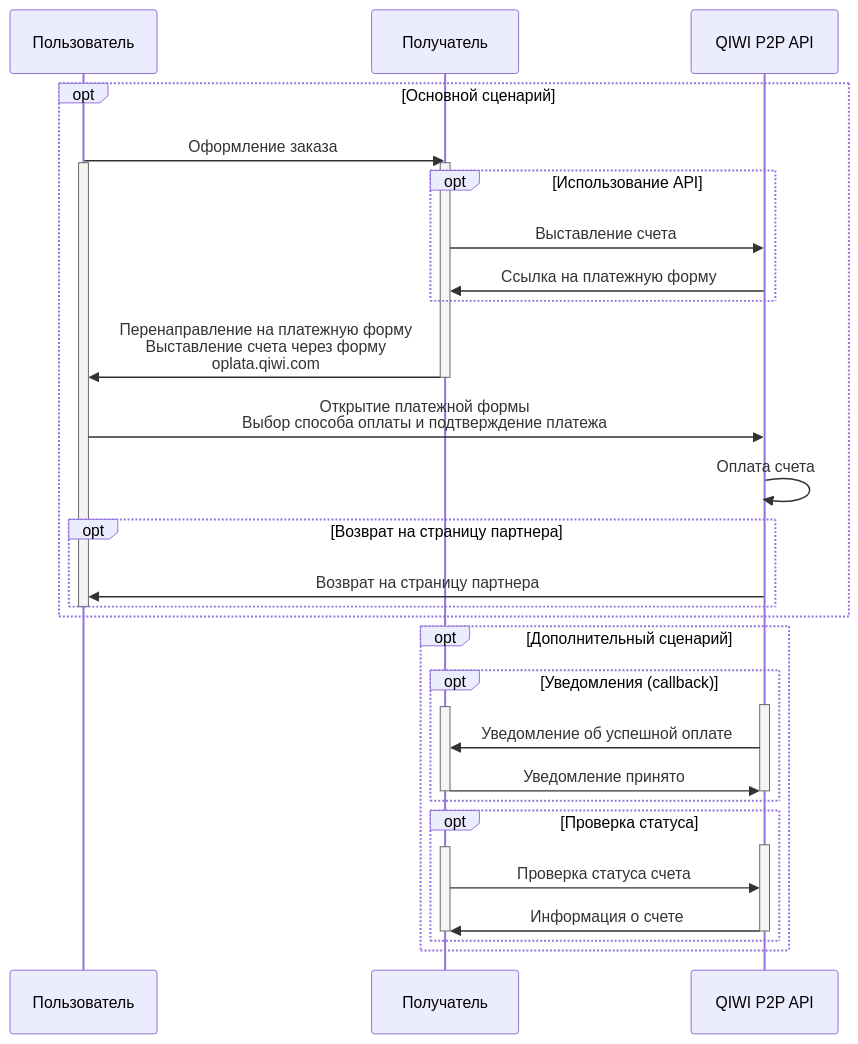
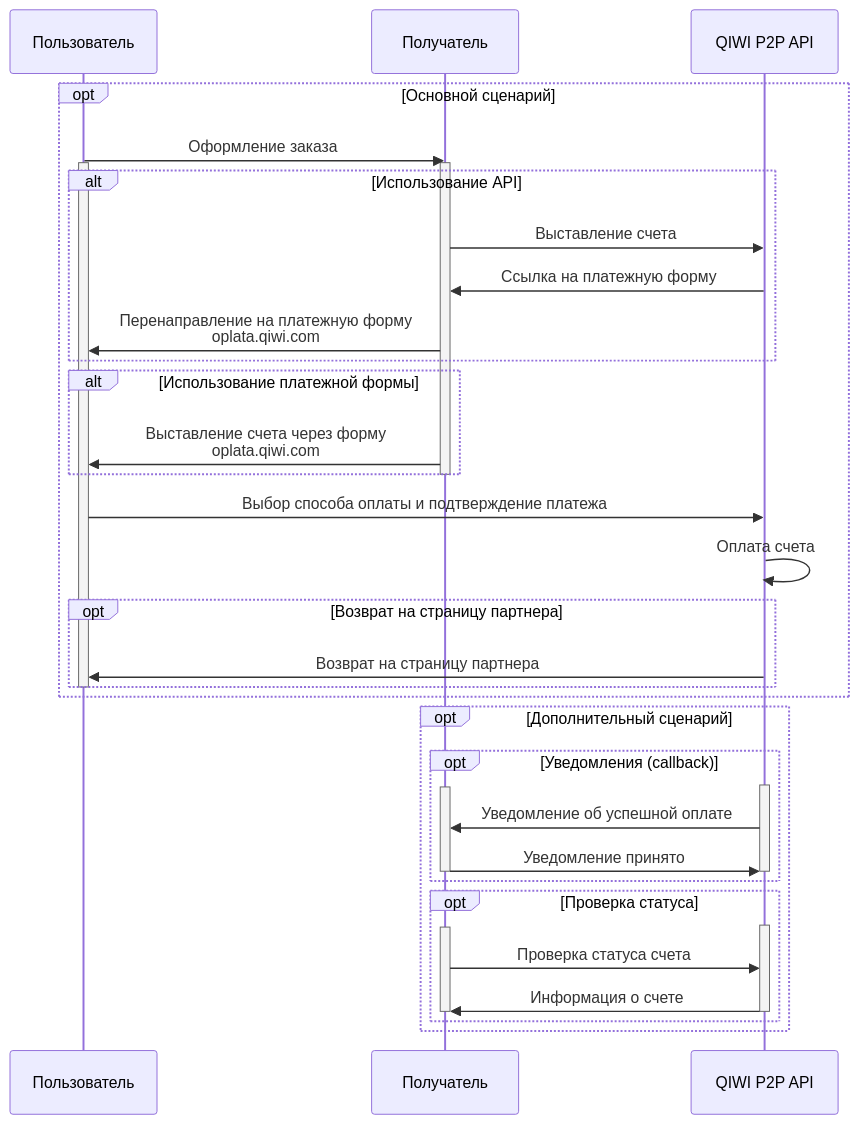
The diagram in p2p-payments_ru.html.md (QIWI-API/p2p-payments-docs), drawn with Mermaid before and after one commit. The commit also changed other lines of this file and 1 other file, not shown here.

```diff
--- a/p2p-payments_ru.html.md
+++ b/p2p-payments_ru.html.md
@@ -43,41 +62,44 @@
 <div class="mermaid">
 sequenceDiagram
 participant user as Пользователь
 participant rec as Получатель
 participant p2p as QIWI P2P API
 opt Основной сценарий
 user->>rec:Оформление заказа
 activate user
 activate rec
-opt Использование API
+alt Использование API
 rec->>p2p:Выставление счета
 p2p->>rec:Ссылка на платежную форму
+rec->>user:Перенаправление на платежную форму<br>oplata.qiwi.com
 end
-rec->>user:Перенаправление на платежную форму<br>Выставление счета через форму<br>oplata.qiwi.com
+alt Использование платежной формы
+rec->>user:Выставление счета через форму<br>oplata.qiwi.com
+end
 deactivate rec
-user->>p2p:Открытие платежной формы<br>Выбор способа оплаты и подтверждение платежа
+user->>p2p:Выбор способа оплаты и подтверждение платежа
 p2p->>p2p:Оплата счета
 opt Возврат на страницу партнера
 p2p->>user:Возврат на страницу партнера
 end
 deactivate user
 end
 opt Дополнительный сценарий
 opt Уведомления (callback)
 activate p2p
 activate rec
 p2p->>rec:Уведомление об успешной оплате
 rec->>p2p:Уведомление принято
 deactivate rec
 deactivate p2p
 end
 opt Проверка статуса
 activate p2p
 activate rec
 rec->>p2p:Проверка статуса счета
 p2p->>rec:Информация о счете
 deactivate rec
 deactivate p2p
 end
 end
 </div>
```
